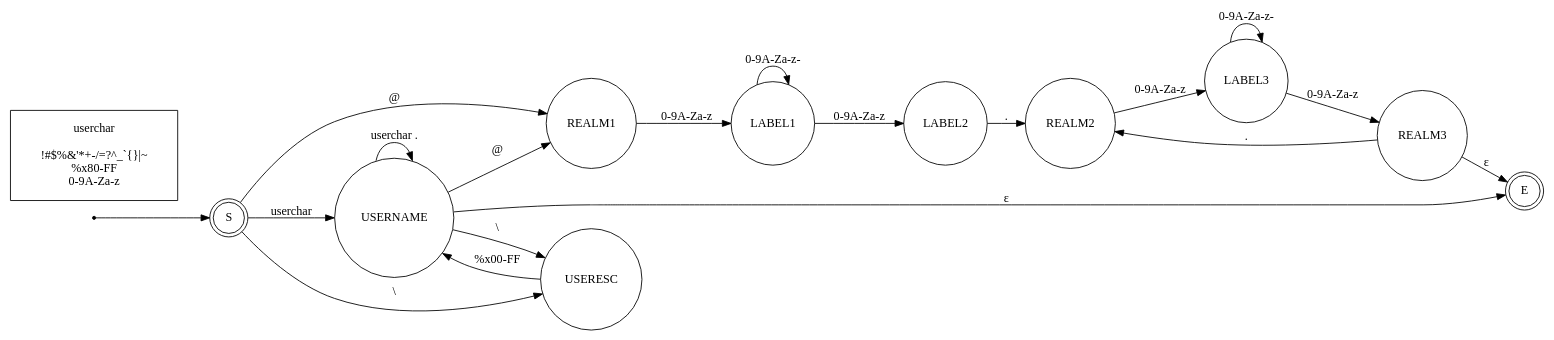
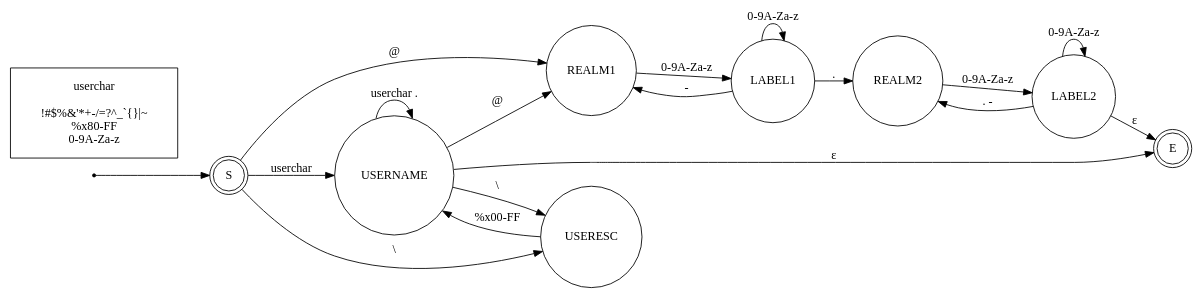
One commit to arpa2/libarpa2service changed the diagram in doc/design/rfc4282_fsm.gv. Above: the diagram before and after it, drawn with Graphviz.

Commit message:
fix fsm, allow single charachter domain names

```diff
--- a/doc/design/rfc4282_fsm.gv
+++ b/doc/design/rfc4282_fsm.gv
@@ -1,36 +1,35 @@
 digraph finite_state_machine {
 	rankdir=LR
 	node [shape = doublecircle];
 		S;
 		E;
 
 	node [shape = point ];
 		qi
 
 	node [shape = circle];
 		qi	-> S;
 
 		/* First do realm. */
 		S	-> REALM1 [ label = "@" ];
 		REALM1	-> LABEL1 [ label = "0-9A-Za-z" ];
-		LABEL1	-> LABEL1 [ label = "0-9A-Za-z-" ];
-		LABEL1	-> LABEL2 [ label = "0-9A-Za-z" ];
-		LABEL2	-> REALM2 [ label = "." ];
-		REALM2	-> LABEL3 [ label = "0-9A-Za-z" ];
-		LABEL3	-> LABEL3 [ label = "0-9A-Za-z-" ];
-		LABEL3	-> REALM3 [ label = "0-9A-Za-z" ];
-		REALM3	-> REALM2 [ label = "." ];
-		REALM3	-> E [ label = "&epsilon;" ];
+		LABEL1	-> LABEL1 [ label = "0-9A-Za-z" ];
+		LABEL1	-> REALM1 [ label = "-" ];
+		LABEL1	-> REALM2 [ label = "." ];
+		REALM2	-> LABEL2 [ label = "0-9A-Za-z" ];
+		LABEL2	-> LABEL2 [ label = "0-9A-Za-z" ];
+		LABEL2	-> REALM2 [ label = ". -" ];
+		LABEL2	-> E [ label = "&epsilon;" ];
 
 		/* Then username. */
 		S	-> USERNAME [ label = "userchar" ];
 		S	-> USERESC [ label = "\\" ];
 		USERNAME	-> USERNAME [ label = "userchar ." ];
 		USERNAME	-> USERESC [ label = "\\" ];
 		USERESC	-> USERNAME [ label = "%x00-FF" ];
 		USERNAME	-> REALM1 [ label = "@" ];
 		USERNAME	-> E [ label = "&epsilon;" ];
 
 	node[ shape=box, margin="0.2,0.2" ];
 		userchar[ label = "userchar \n\n!#$%&'*+-/=?^_`{}|~\n%x80-FF\n0-9A-Za-z" ];
 }
```
